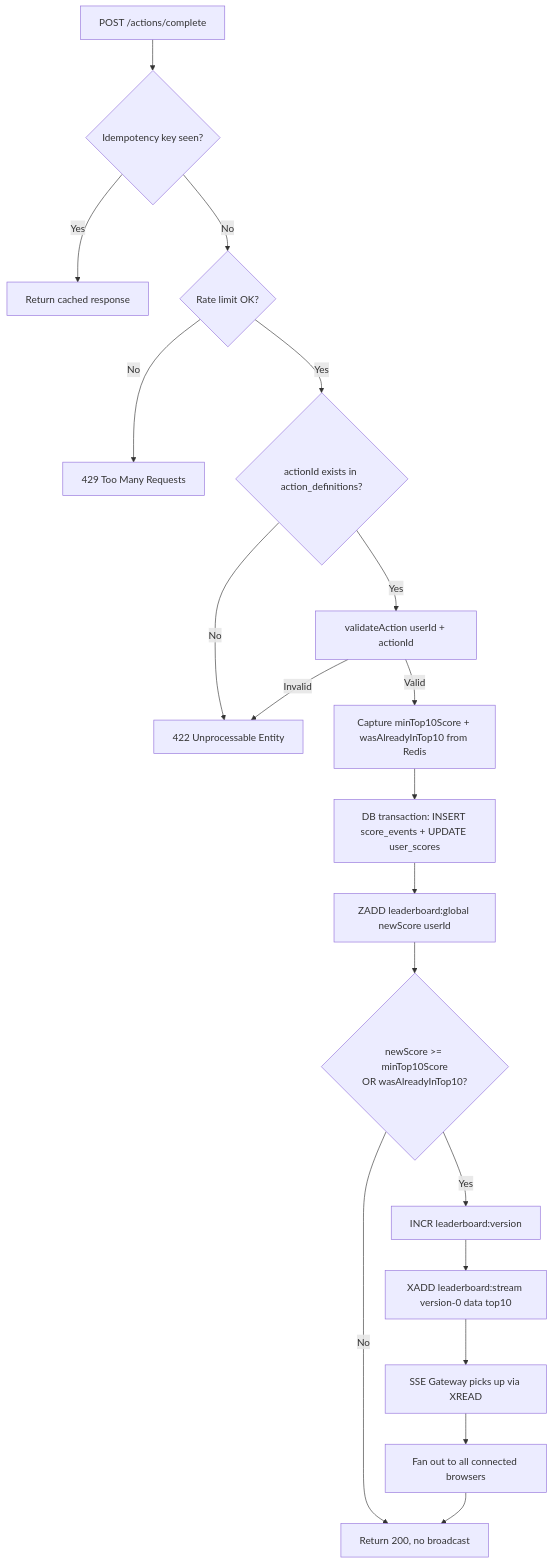
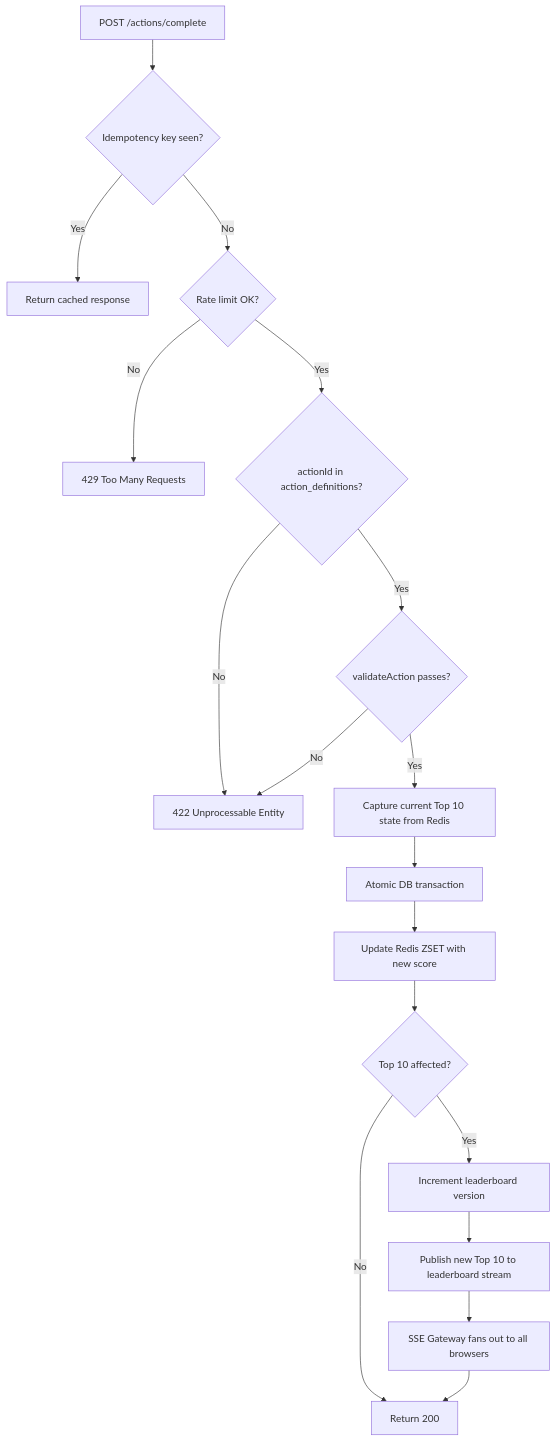
Before and after one commit to thanhkhue/code-challenges: the second of 2 diagrams in problem3/README.md, drawn with Mermaid. The commit also changed other lines of this file, not shown here.

Commit message:
docs: fix mermaid flowchart and add consistent API response format

````diff
--- a/problem3/README.md
+++ b/problem3/README.md
@@ -121,21 +121,20 @@
 ```mermaid
 flowchart TD
-    A[POST /actions/complete] --> B{Idempotency key seen?}
+    A["POST /actions/complete"] --> B{Idempotency key seen?}
     B -- Yes --> C[Return cached response]
     B -- No --> D{Rate limit OK?}
     D -- No --> E[429 Too Many Requests]
-    D -- Yes --> F{actionId exists in action_definitions?}
+    D -- Yes --> F{actionId in action_definitions?}
     F -- No --> G[422 Unprocessable Entity]
-    F -- Yes --> H[validateAction userId + actionId]
-    H -- Invalid --> G
-    H -- Valid --> I[Capture minTop10Score + wasAlreadyInTop10 from Redis]
-    I --> J[DB transaction: INSERT score_events + UPDATE user_scores]
-    J --> K[ZADD leaderboard:global newScore userId]
-    K --> L{newScore >= minTop10Score\nOR wasAlreadyInTop10?}
-    L -- No --> M[Return 200, no broadcast]
-    L -- Yes --> N[INCR leaderboard:version]
-    N --> O[XADD leaderboard:stream version-0 data top10]
-    O --> P[SSE Gateway picks up via XREAD]
-    P --> Q[Fan out to all connected browsers]
-    Q --> M
+    F -- Yes --> H{validateAction passes?}
+    H -- No --> G
+    H -- Yes --> I[Capture current Top 10 state from Redis]
+    I --> J[Atomic DB transaction]
+    J --> K[Update Redis ZSET with new score]
+    K --> L{Top 10 affected?}
+    L -- No --> M[Return 200]
+    L -- Yes --> N[Increment leaderboard version]
+    N --> O[Publish new Top 10 to leaderboard stream]
+    O --> P[SSE Gateway fans out to all browsers]
+    P --> M
 ```
````
